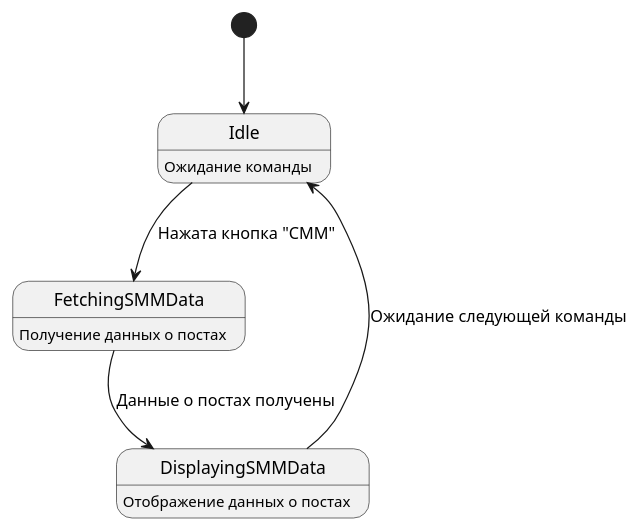
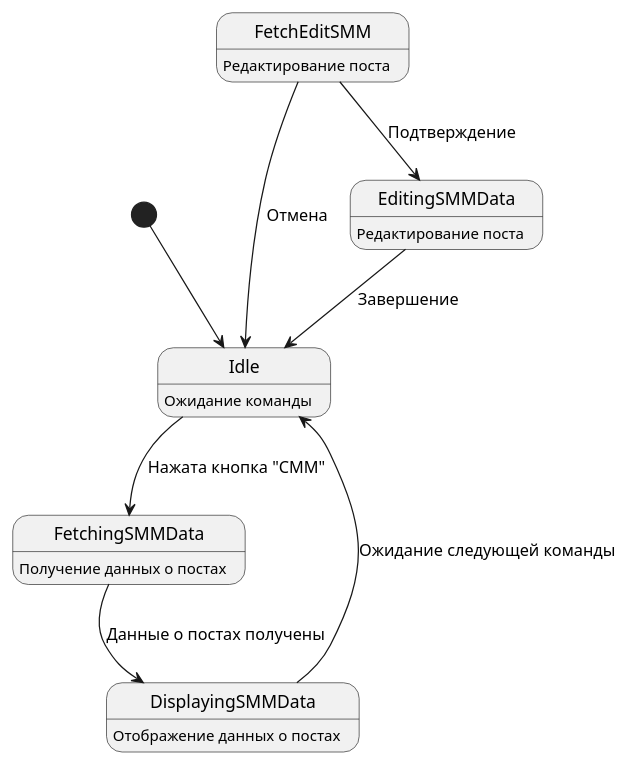
Before and after one commit to sinseiwas/PROspekt_bot: the diagram in docs/diagrams/content_plan_status.puml, drawn with PlantUML. The commit also changed 8 other files, not shown here.

```diff
--- a/docs/diagrams/content_plan_status.puml
+++ b/docs/diagrams/content_plan_status.puml
@@ -1,10 +1,17 @@
 @startuml
 [*] --> Idle
 
 Idle : Ожидание команды
 Idle --> FetchingSMMData : Нажата кнопка "СММ"
 FetchingSMMData : Получение данных о постах
 FetchingSMMData --> DisplayingSMMData : Данные о постах получены
 DisplayingSMMData : Отображение данных о постах
 DisplayingSMMData --> Idle : Ожидание следующей команды
+
+FetchEditSMM : Редактирование поста
+FetchEditSMM --> Idle : Отмена
+FetchEditSMM --> EditingSMMData : Подтверждение
+
+EditingSMMData : Редактирование поста
+EditingSMMData --> Idle : Завершение
 @enduml
```
